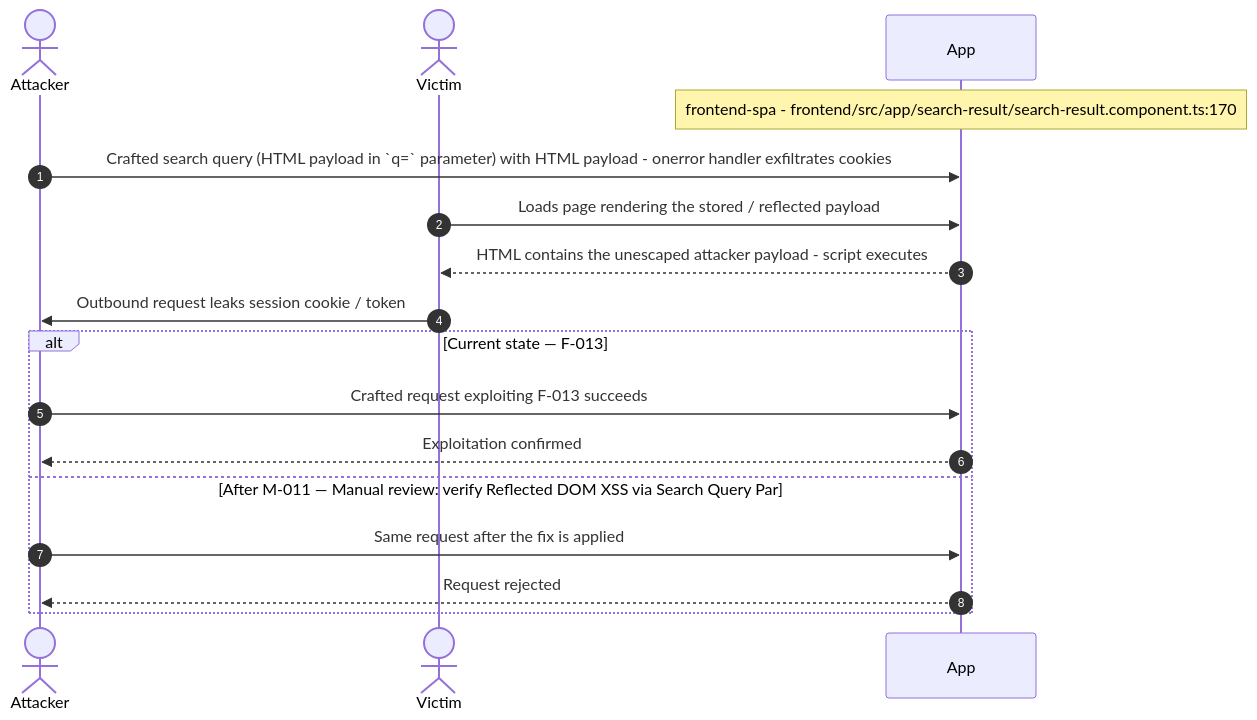
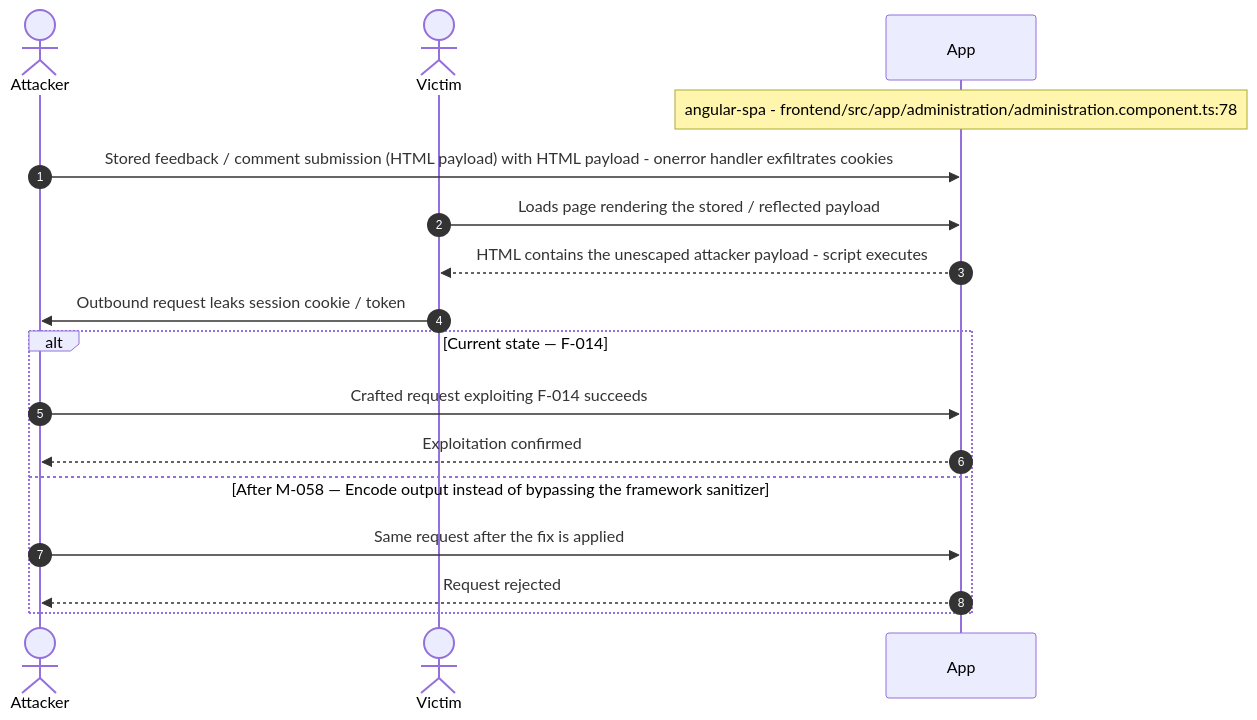
Before and after one commit to appsec-foundry/appsec-advisor: diagram 18 of 28 in examples/threat-modeler/threat-model-juice-shop-standard.md, drawn with Mermaid. The commit also changed other lines of this file and 12 other files, not shown here.

````diff
--- a/examples/threat-modeler/threat-model-juice-shop-standard.md
+++ b/examples/threat-modeler/threat-model-juice-shop-standard.md
@@ -903,19 +935,19 @@
 ```mermaid
 sequenceDiagram
     autonumber
     actor Attacker
     actor Victim
     participant App
-    Note over App: frontend-spa - frontend/src/app/search-result/search-result.component.ts:170
-    Attacker->>App: Crafted search query (HTML payload in `q=` parameter) with HTML payload - onerror handler exfiltrates cookies
+    Note over App: angular-spa - frontend/src/app/administration/administration.component.ts:78
+    Attacker->>App: Stored feedback / comment submission (HTML payload) with HTML payload - onerror handler exfiltrates cookies
     Victim->>App: Loads page rendering the stored / reflected payload
     App-->>Victim: HTML contains the unescaped attacker payload - script executes
     Victim->>Attacker: Outbound request leaks session cookie / token
-    alt Current state — F-013
-        Attacker->>App: Crafted request exploiting F-013 succeeds
+    alt Current state — F-014
+        Attacker->>App: Crafted request exploiting F-014 succeeds
         App-->>Attacker: Exploitation confirmed
-    else After M-011 — Manual review: verify Reflected DOM XSS via Search Query Par
+    else After M-058 — Encode output instead of bypassing the framework sanitizer
         Attacker->>App: Same request after the fix is applied
         App-->>Attacker: Request rejected
     end
 ```
````
